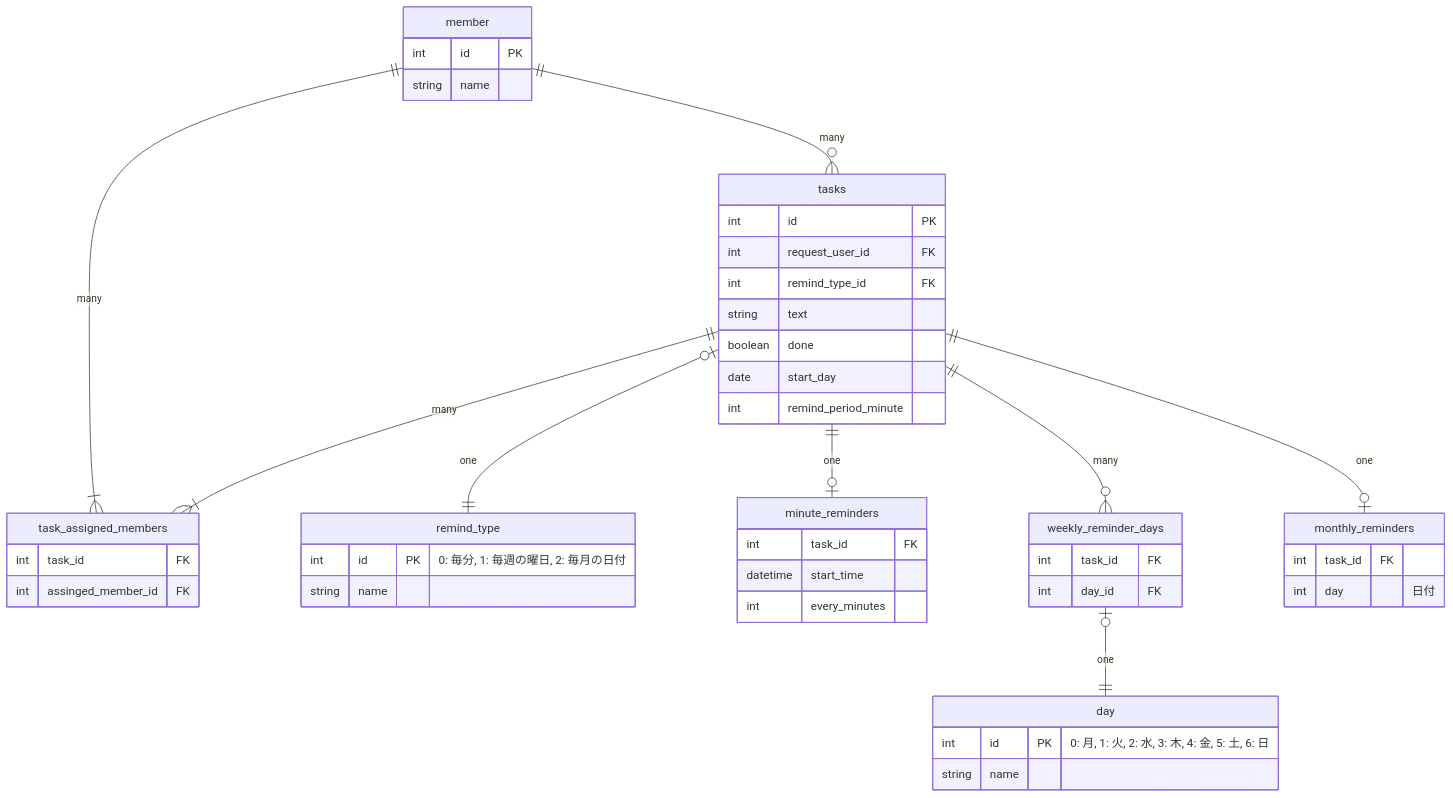
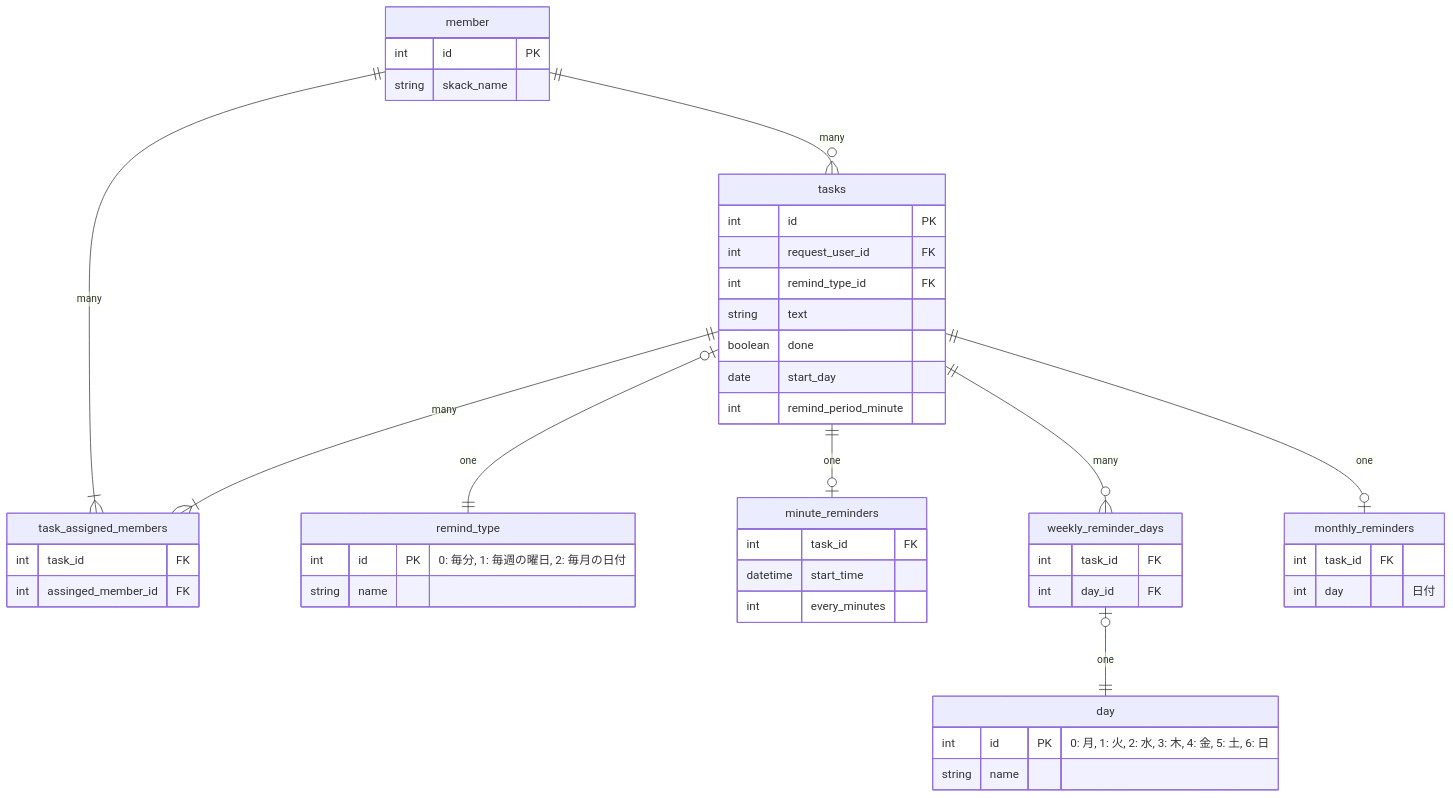
Before and after one commit to HitoroOhria/praha-challenge: the diagram in db/db-modeling-4/README.md, drawn with Mermaid. The commit also changed other lines of this file, not shown here.

````diff
--- a/db/db-modeling-4/README.md
+++ b/db/db-modeling-4/README.md
@@ -19,57 +20,57 @@
 ```mermaid
 erDiagram
 
 member ||--o{ tasks : "many"
 member ||--|{ task_assigned_members : "many"
 member {
   int id PK
-  string name
+  string skack_name
 }
 
 tasks ||--|{ task_assigned_members : "many"
 tasks |o--|| remind_type : "one"
 tasks ||--o| minute_reminders : "one"
 tasks ||--o{ weekly_reminder_days : "many"
 tasks ||--o| monthly_reminders : "one"
 tasks {
   int id PK
   int request_user_id FK
   int remind_type_id FK
   string text
   boolean done
   date start_day
   int remind_period_minute
 }
 
 task_assigned_members {
   int task_id FK
   int assinged_member_id FK 
 }
 
 remind_type {
   int id PK "0: 毎分, 1: 毎週の曜日, 2: 毎月の日付"
   string name
 }
 
 minute_reminders {
   int task_id FK
   datetime start_time
   int every_minutes
 }
 
 weekly_reminder_days |o--|| day : "one"
 weekly_reminder_days {
   int task_id FK
   int day_id FK
 }
 
 monthly_reminders {
   int task_id FK
   int day "日付"
 }
 
 day {
   int id PK "0: 月, 1: 火, 2: 水, 3: 木, 4: 金, 5: 土, 6: 日"
   string name
 }
 ```
````
